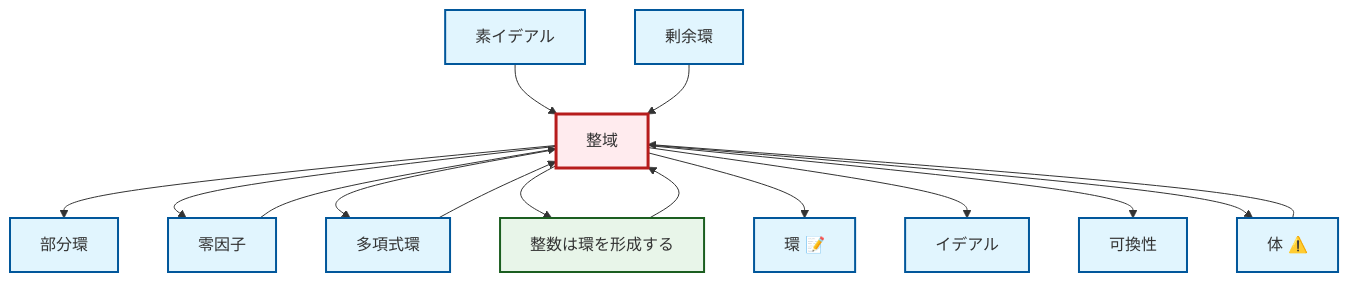
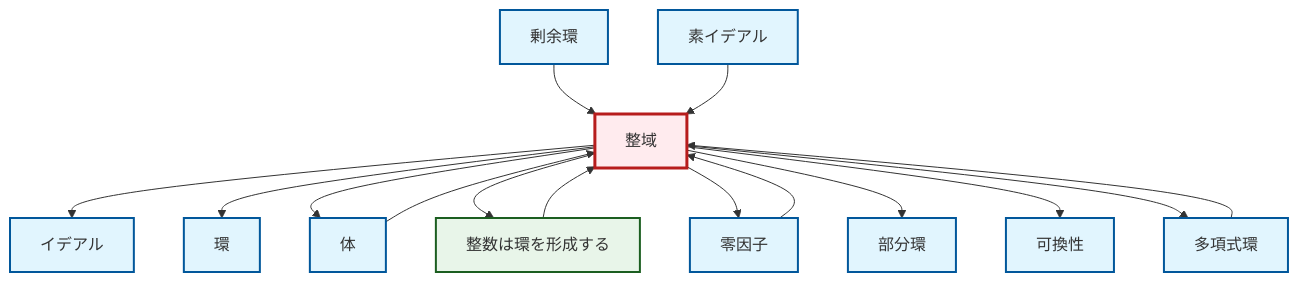
The diagram in output/mermaid/ja/def-integral-domain.mermaid (RK0429/ModernMath), drawn with Mermaid before and after one commit. The commit also changed 1710 other files, not shown here.

```diff
--- a/output/mermaid/ja/def-integral-domain.mermaid
+++ b/output/mermaid/ja/def-integral-domain.mermaid
@@ -1,32 +1,32 @@
 graph TD
     classDef definition fill:#e1f5fe,stroke:#01579b,stroke-width:2px
     classDef theorem fill:#f3e5f5,stroke:#4a148c,stroke-width:2px
     classDef axiom fill:#fff3e0,stroke:#e65100,stroke-width:2px
     classDef example fill:#e8f5e9,stroke:#1b5e20,stroke-width:2px
     classDef current fill:#ffebee,stroke:#b71c1c,stroke-width:3px
     def-prime-ideal["素イデアル"]:::definition
+    def-zero-divisor["零因子"]:::definition
+    def-ideal["イデアル"]:::definition
+    def-field["体"]:::definition
+    def-quotient-ring["剰余環"]:::definition
     def-integral-domain["整域"]:::definition
+    def-ring["環"]:::definition
+    def-commutativity["可換性"]:::definition
+    def-polynomial-ring["多項式環"]:::definition
     def-subring["部分環"]:::definition
-    def-polynomial-ring["多項式環"]:::definition
-    def-ideal["イデアル"]:::definition
-    def-ring["環 📝"]:::definition
-    def-commutativity["可換性"]:::definition
-    def-field["体 ⚠️"]:::definition
-    def-quotient-ring["剰余環"]:::definition
-    def-zero-divisor["零因子"]:::definition
     ex-integers-ring["整数は環を形成する"]:::example
+    def-integral-domain --> def-ideal
+    ex-integers-ring --> def-integral-domain
+    def-quotient-ring --> def-integral-domain
+    def-integral-domain --> def-ring
     def-field --> def-integral-domain
+    def-integral-domain --> def-field
+    def-integral-domain --> ex-integers-ring
+    def-integral-domain --> def-zero-divisor
+    def-integral-domain --> def-subring
+    def-integral-domain --> def-commutativity
+    def-zero-divisor --> def-integral-domain
     def-prime-ideal --> def-integral-domain
-    def-quotient-ring --> def-integral-domain
     def-polynomial-ring --> def-integral-domain
-    def-integral-domain --> def-subring
-    def-integral-domain --> def-zero-divisor
-    def-zero-divisor --> def-integral-domain
     def-integral-domain --> def-polynomial-ring
-    def-integral-domain --> ex-integers-ring
-    def-integral-domain --> def-ring
-    def-integral-domain --> def-ideal
-    def-integral-domain --> def-commutativity
-    ex-integers-ring --> def-integral-domain
-    def-integral-domain --> def-field
     class def-integral-domain current
```
